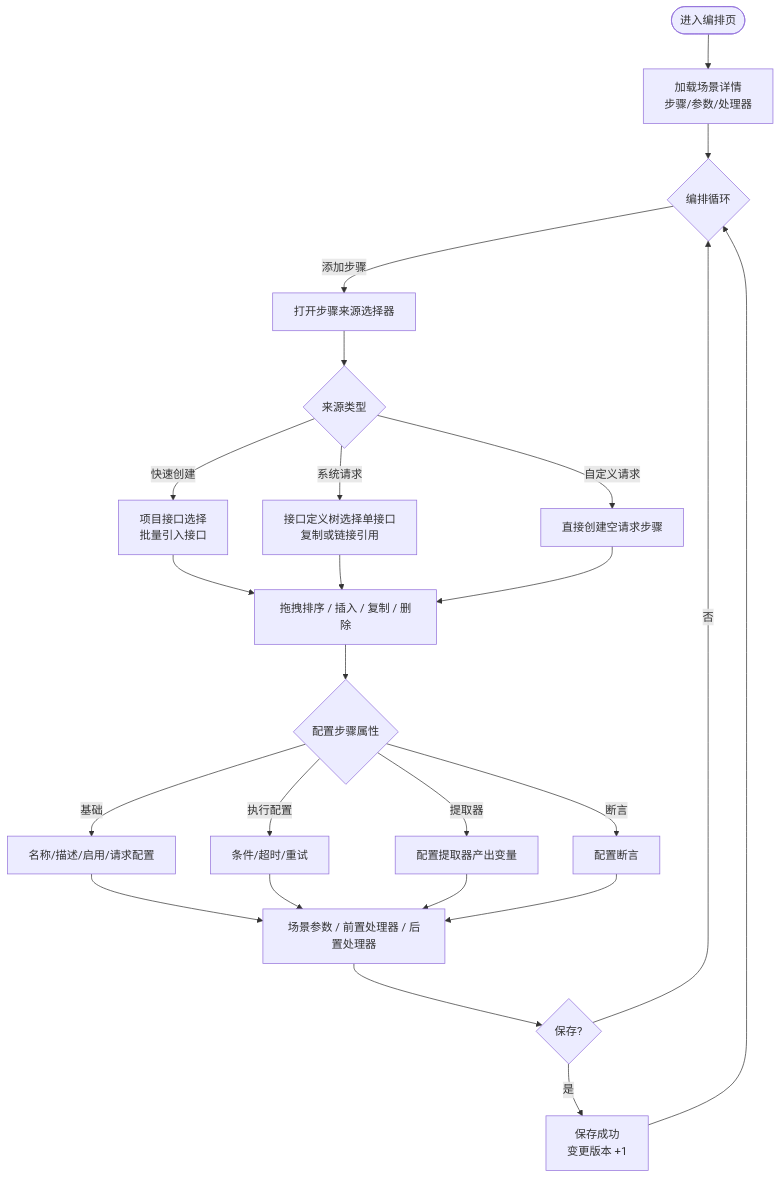
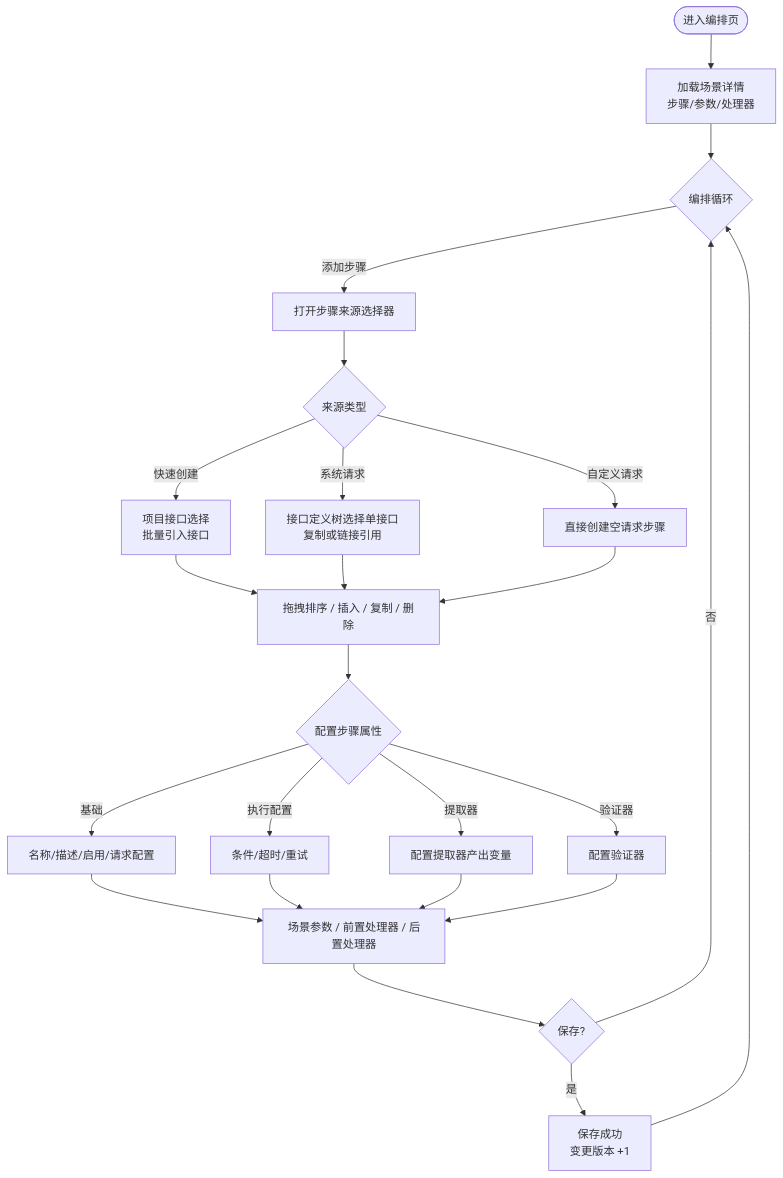
The diagram in docs/交互设计/测试场景交互设计.md (XiaoMiSum/robotest), drawn with Mermaid before and after one commit. The commit also changed other lines of this file and 21 other files, not shown here.

````diff
--- a/docs/交互设计/测试场景交互设计.md
+++ b/docs/交互设计/测试场景交互设计.md
@@ -290,26 +297,26 @@
 ```mermaid
 flowchart TB
     Start([进入编排页]) --> Load[加载场景详情<br/>步骤/参数/处理器]
     Load --> Loop{编排循环}
     Loop -->|添加步骤| Add[打开步骤来源选择器]
     Add --> Src{来源类型}
     Src -->|快速创建| Quick[项目接口选择<br/>批量引入接口]
     Src -->|系统请求| Sys[接口定义树选择单接口<br/>复制或链接引用]
     Src -->|自定义请求| Custom[直接创建空请求步骤]
     Quick --> Sort
     Sys --> Sort
     Custom --> Sort
     Sort[拖拽排序 / 插入 / 复制 / 删除] --> Conf{配置步骤属性}
     Conf -->|基础| Basic[名称/描述/启用/请求配置]
     Conf -->|执行配置| Exec[条件/超时/重试]
     Conf -->|提取器| Ext[配置提取器产出变量]
-    Conf -->|断言| Assert[配置断言]
+    Conf -->|验证器| Assert[配置验证器]
     Basic --> Param{场景级配置}
     Exec --> Param
     Ext --> Param
     Assert --> Param
     Param[场景参数 / 前置处理器 / 后置处理器] --> Save{保存?}
     Save -->|是| Saved[保存成功<br/>变更版本 +1]
     Save -->|否| Loop
     Saved --> Loop
 ```
````
